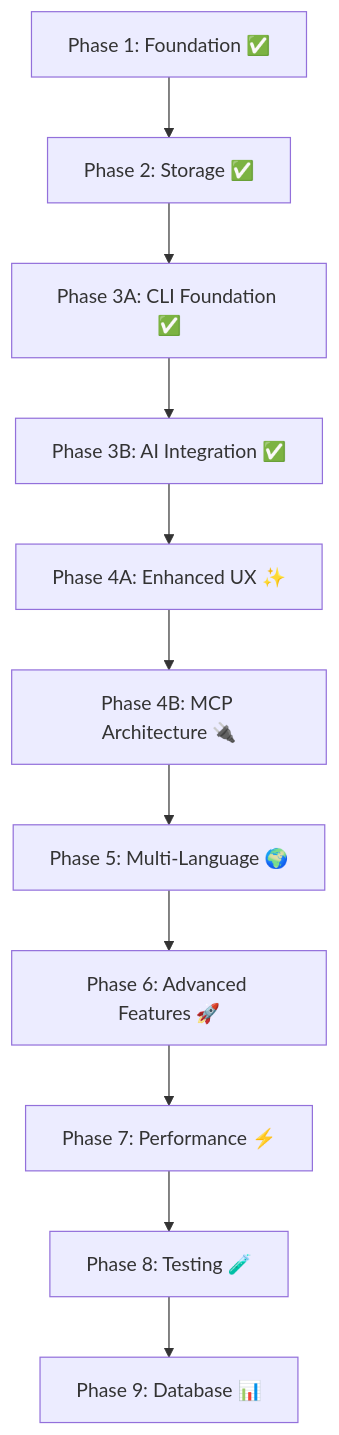
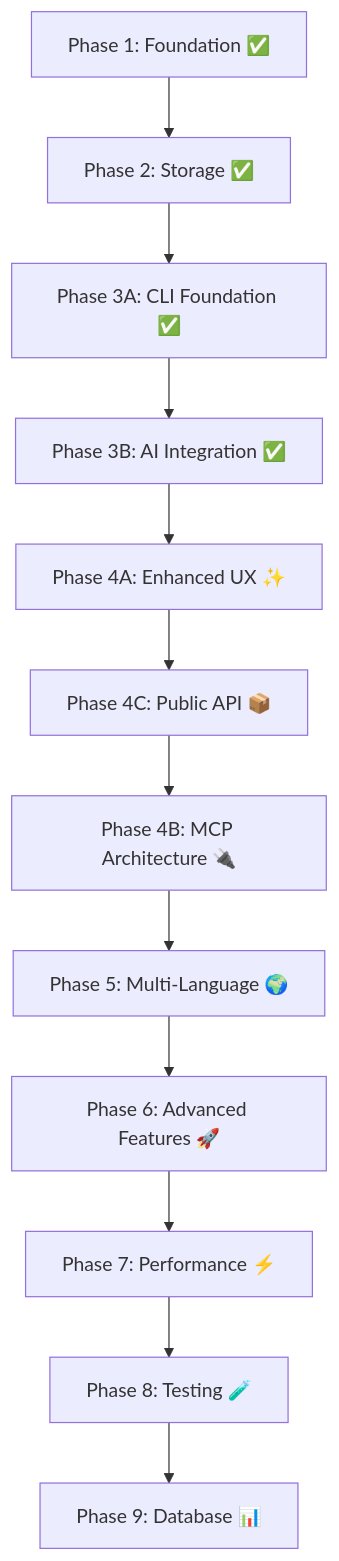
Before and after one commit to Vasu014/loregrep: the diagram in tasks.md, drawn with Mermaid. The commit also changed other lines of this file and 5 other files, not shown here.

````diff
--- a/tasks.md
+++ b/tasks.md
@@ -769,13 +1088,14 @@
 ```mermaid
 graph TD
     A[Phase 1: Foundation ✅] --> B[Phase 2: Storage ✅]
     B --> C[Phase 3A: CLI Foundation ✅]
     C --> D[Phase 3B: AI Integration ✅]
     D --> E[Phase 4A: Enhanced UX ✨]
-    E --> F[Phase 4B: MCP Architecture 🔌]
-    F --> G[Phase 5: Multi-Language 🌍]
-    G --> H[Phase 6: Advanced Features 🚀]
-    H --> I[Phase 7: Performance ⚡]
-    I --> J[Phase 8: Testing 🧪]
-    J --> K[Phase 9: Database 📊]
+    E --> F[Phase 4C: Public API 📦]
+    F --> G[Phase 4B: MCP Architecture 🔌]
+    G --> H[Phase 5: Multi-Language 🌍]
+    H --> I[Phase 6: Advanced Features 🚀]
+    I --> J[Phase 7: Performance ⚡]
+    J --> K[Phase 8: Testing 🧪]
+    K --> L[Phase 9: Database 📊]
 ```
````
